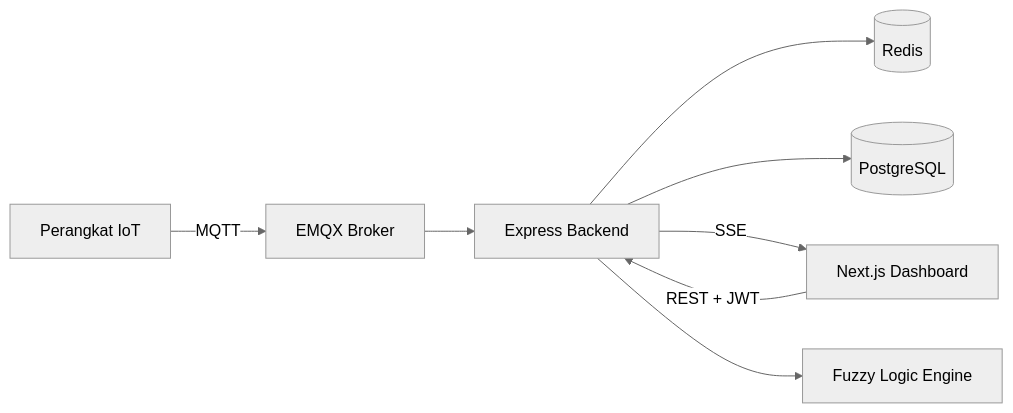
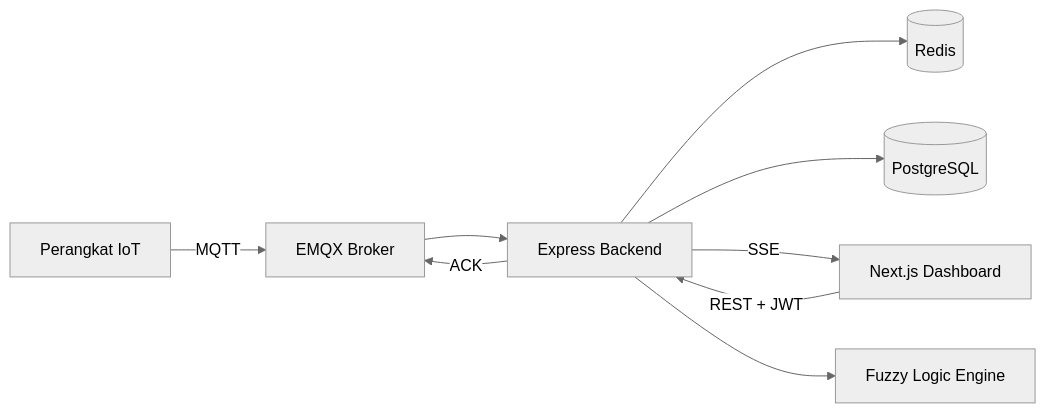
One commit to Capstone2026-E04/Subur.in changed the diagram in README.md. Above: the diagram before and after it, drawn with Mermaid (neutral theme). The commit also changed other lines of this file and 13 other files, not shown here.

````diff
--- a/README.md
+++ b/README.md
@@ -39,10 +41,11 @@
 ```mermaid
 flowchart LR
     Device["Perangkat IoT"] -- MQTT --> Broker["EMQX Broker"]
     Broker --> Backend["Express Backend"]
     Backend --> Redis[("Redis")]
+    Backend -- ACK --> Broker
     Backend --> Postgres[("PostgreSQL")]
     Backend -- SSE --> Frontend["Next.js Dashboard"]
     Frontend -- REST + JWT --> Backend
     Backend --> Engine["Fuzzy Logic Engine"]
 ```
````
